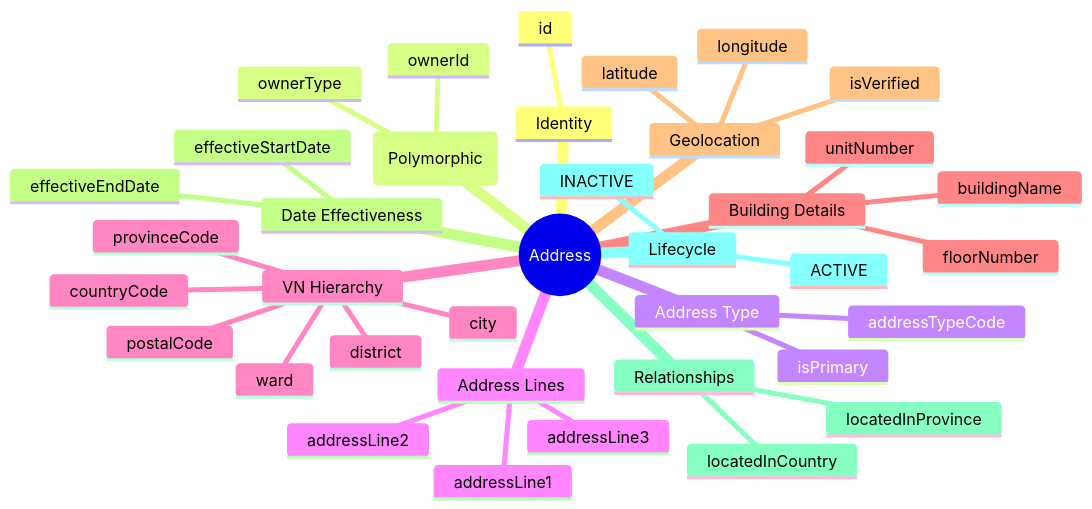
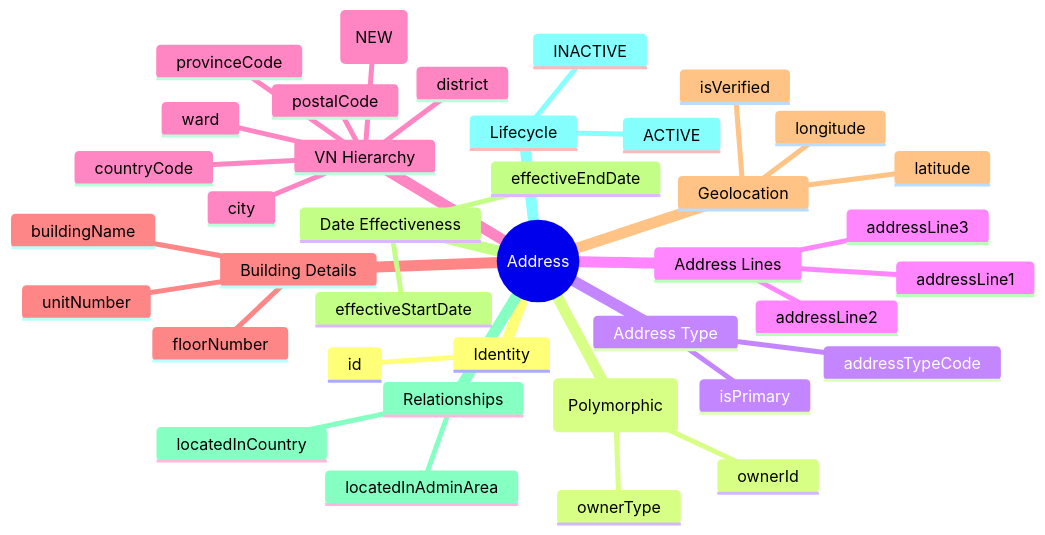
One commit to a4b-corporation/xTalent changed the first of 3 diagrams in docs/01-modules/CO/00-new/02.ontology/Address.onto.md. Above: the diagram before and after it, drawn with Mermaid. The commit also changed other lines of this file and 2 other files, not shown here.

````diff
--- a/docs/01-modules/CO/00-new/02.ontology/Address.onto.md
+++ b/docs/01-modules/CO/00-new/02.ontology/Address.onto.md
@@ -257,40 +268,41 @@
 ```mermaid
 mindmap
   root((Address))
     Identity
       id
     Owner (Polymorphic)
       ownerType
       ownerId
     Address Type
       addressTypeCode
       isPrimary
     Address Lines
       addressLine1
       addressLine2
       addressLine3
     VN Hierarchy
       ward
       district
       city
       provinceCode
       postalCode
       countryCode
+      adminAreaId (NEW)
     Building Details
       buildingName
       floorNumber
       unitNumber
     Geolocation
       latitude
       longitude
       isVerified
     Date Effectiveness
       effectiveStartDate
       effectiveEndDate
     Relationships
       locatedInCountry
-      locatedInProvince
+      locatedInAdminArea
     Lifecycle
       ACTIVE
       INACTIVE
 ```
````
